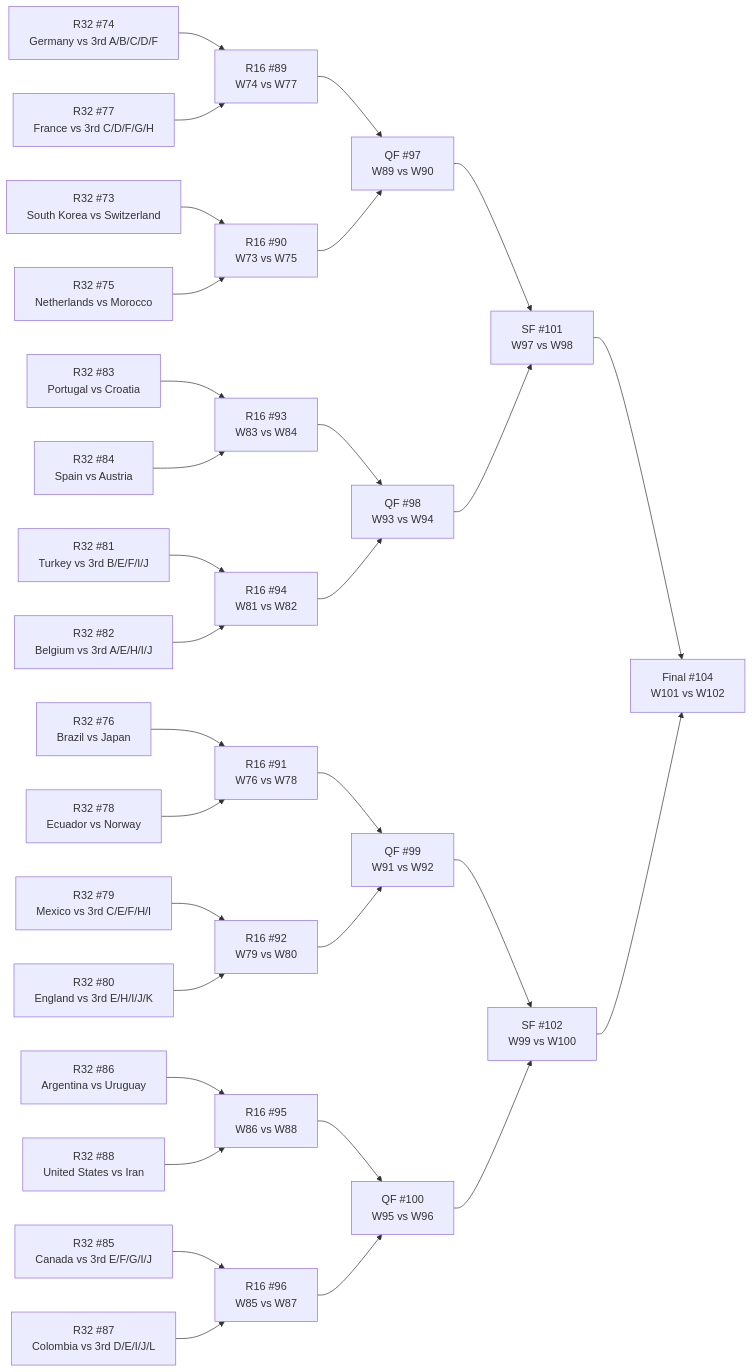
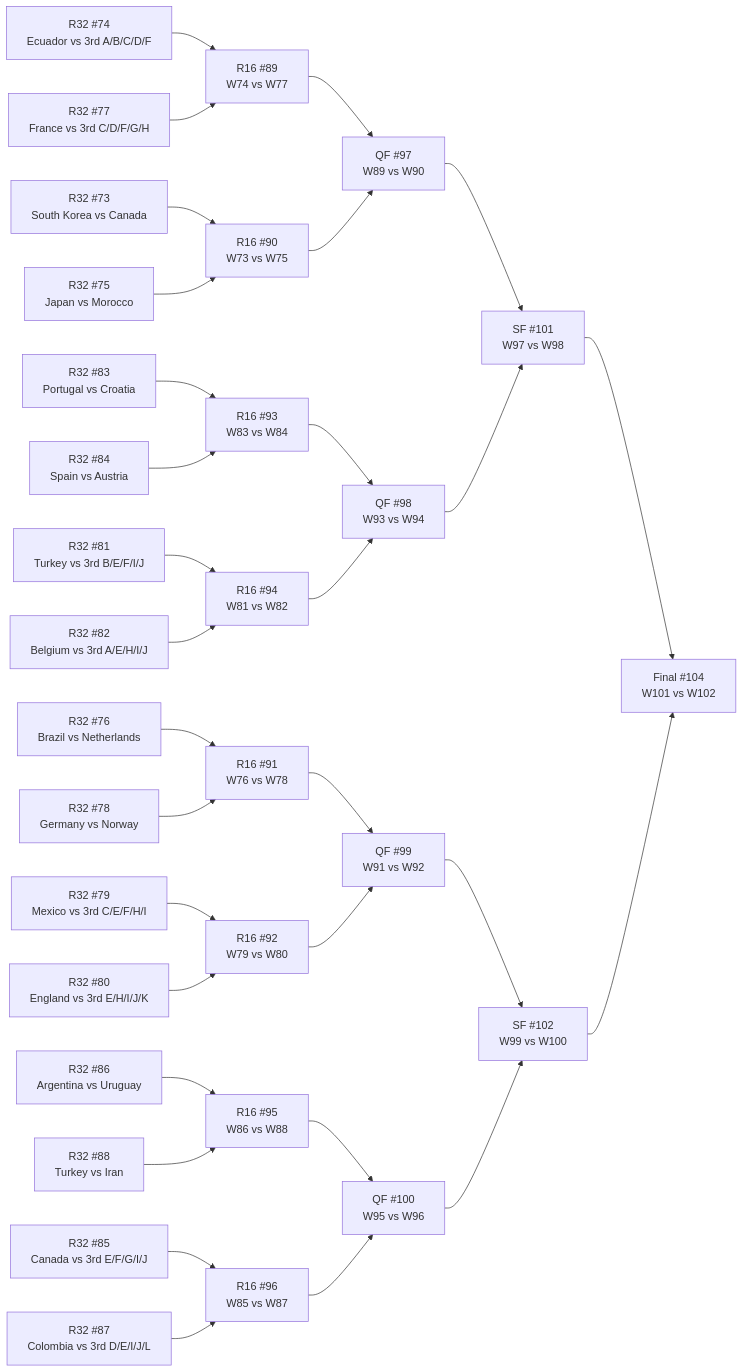
One commit to Tutai-Tran/WC-2026-predictor changed the diagram in WC vault/_bracket.md. Above: the diagram before and after it, drawn with Mermaid. The commit also changed 69 other files, not shown here.

````diff
--- a/WC vault/_bracket.md
+++ b/WC vault/_bracket.md
@@ -11,64 +11,64 @@
 ```mermaid
 flowchart LR
-  M73["R32 #73<br>South Korea vs Switzerland"]
-  M74["R32 #74<br>Germany vs 3rd A/B/C/D/F"]
-  M75["R32 #75<br>Netherlands vs Morocco"]
-  M76["R32 #76<br>Brazil vs Japan"]
+  M73["R32 #73<br>South Korea vs Canada"]
+  M74["R32 #74<br>Ecuador vs 3rd A/B/C/D/F"]
+  M75["R32 #75<br>Japan vs Morocco"]
+  M76["R32 #76<br>Brazil vs Netherlands"]
   M77["R32 #77<br>France vs 3rd C/D/F/G/H"]
-  M78["R32 #78<br>Ecuador vs Norway"]
+  M78["R32 #78<br>Germany vs Norway"]
   M79["R32 #79<br>Mexico vs 3rd C/E/F/H/I"]
   M80["R32 #80<br>England vs 3rd E/H/I/J/K"]
   M81["R32 #81<br>Turkey vs 3rd B/E/F/I/J"]
   M82["R32 #82<br>Belgium vs 3rd A/E/H/I/J"]
   M83["R32 #83<br>Portugal vs Croatia"]
   M84["R32 #84<br>Spain vs Austria"]
   M85["R32 #85<br>Canada vs 3rd E/F/G/I/J"]
   M86["R32 #86<br>Argentina vs Uruguay"]
   M87["R32 #87<br>Colombia vs 3rd D/E/I/J/L"]
-  M88["R32 #88<br>United States vs Iran"]
+  M88["R32 #88<br>Turkey vs Iran"]
   M89["R16 #89<br>W74 vs W77"]
   M90["R16 #90<br>W73 vs W75"]
   M91["R16 #91<br>W76 vs W78"]
   M92["R16 #92<br>W79 vs W80"]
   M93["R16 #93<br>W83 vs W84"]
   M94["R16 #94<br>W81 vs W82"]
   M95["R16 #95<br>W86 vs W88"]
   M96["R16 #96<br>W85 vs W87"]
   M97["QF #97<br>W89 vs W90"]
   M98["QF #98<br>W93 vs W94"]
   M99["QF #99<br>W91 vs W92"]
   M100["QF #100<br>W95 vs W96"]
   M101["SF #101<br>W97 vs W98"]
   M102["SF #102<br>W99 vs W100"]
   M104["Final #104<br>W101 vs W102"]
   M74 --> M89
   M77 --> M89
   M73 --> M90
   M75 --> M90
   M76 --> M91
   M78 --> M91
   M79 --> M92
   M80 --> M92
   M83 --> M93
   M84 --> M93
   M81 --> M94
   M82 --> M94
   M86 --> M95
   M88 --> M95
   M85 --> M96
   M87 --> M96
   M89 --> M97
   M90 --> M97
   M93 --> M98
   M94 --> M98
   M91 --> M99
   M92 --> M99
   M95 --> M100
   M96 --> M100
   M97 --> M101
   M98 --> M101
   M99 --> M102
   M100 --> M102
   M101 --> M104
   M102 --> M104
 ```
````
